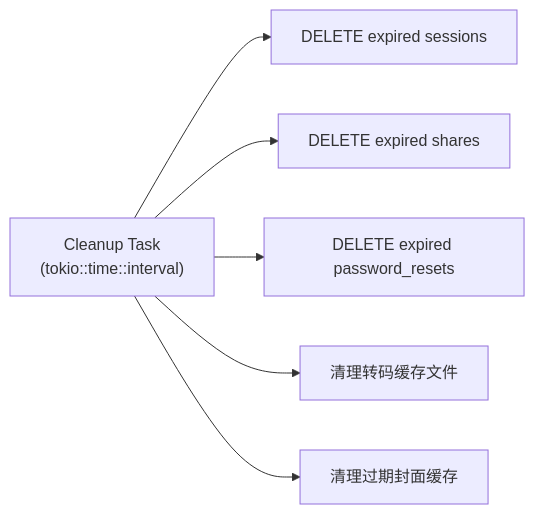
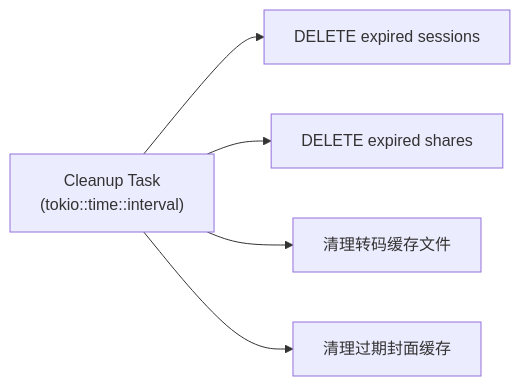
One commit to ReiAccept/moosic changed the sixth of 8 diagrams in docs/design/summary.md. Above: the diagram before and after it, drawn with Mermaid. The commit also changed other lines of this file and 6 other files, not shown here.

````diff
--- a/docs/design/summary.md
+++ b/docs/design/summary.md
@@ -365,8 +364,7 @@
 ```mermaid
 graph LR
     CLEANUP["Cleanup Task<br/>(tokio::time::interval)"] --> A["DELETE expired sessions"]
     CLEANUP --> B["DELETE expired shares"]
-    CLEANUP --> C["DELETE expired password_resets"]
     CLEANUP --> D["清理转码缓存文件"]
     CLEANUP --> E["清理过期封面缓存"]
 ```
````
